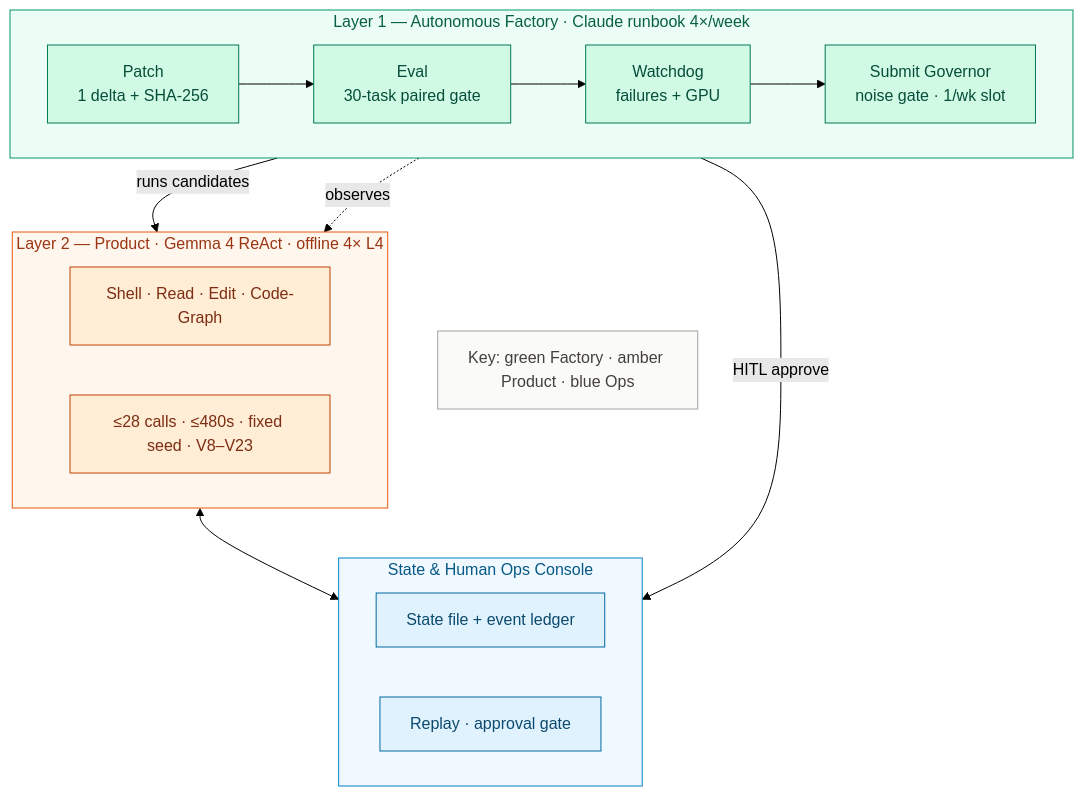
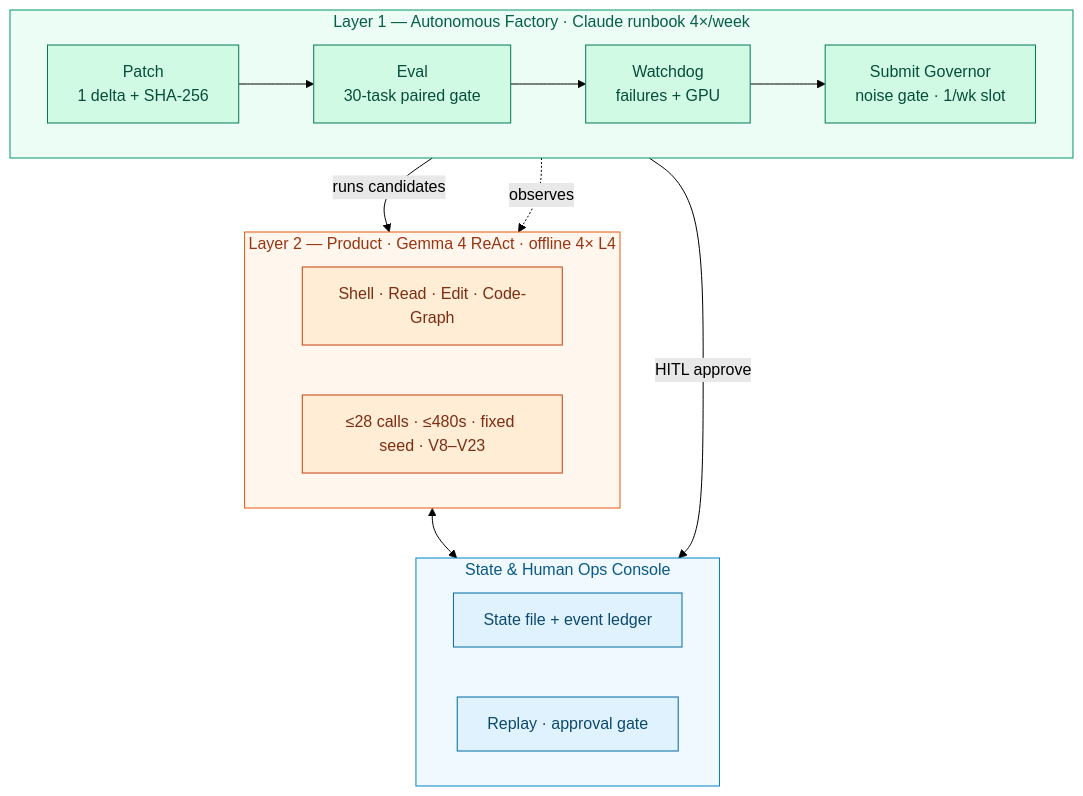
Before and after one commit to khaosans/noisegate-gemma4-factory: the diagram in README.md, drawn with Mermaid (forest theme). The commit also changed 4 other files, not shown here.

First line of the commit message:
docs: drop Mermaid Key/Legend nodes entirely

````diff
--- a/README.md
+++ b/README.md
@@ -28,38 +28,34 @@
 ```mermaid
 flowchart TB
   subgraph L1["Layer 1 — Autonomous Factory · Claude runbook 4×/week"]
     direction LR
     P[Patch<br/>1 delta + SHA-256] --> E[Eval<br/>30-task paired gate]
     E --> W[Watchdog<br/>failures + GPU]
     W --> G[Submit Governor<br/>noise gate · 1/wk slot]
   end
 
   subgraph L2["Layer 2 — Product · Gemma 4 ReAct · offline 4× L4"]
     T[Shell · Read · Edit · Code-Graph]
     C["≤28 calls · ≤480s · fixed seed · V8–V23"]
   end
 
   subgraph Ops["State & Human Ops Console"]
     S[State file + event ledger]
     H[Replay · approval gate]
   end
 
-  Key["Key: green Factory · amber Product · blue Ops"]
-
   E -->|runs candidates| L2
   W -.->|observes| L2
   G -->|HITL approve| Ops
   L2 <--> Ops
-  G ~~~ Key
 
   classDef factory fill:#D1FAE5,stroke:#047857,color:#064E3B
   classDef product fill:#FFEDD5,stroke:#C2410C,color:#7C2D12
   classDef ops fill:#E0F2FE,stroke:#0369A1,color:#0C4A6E
   class P,E,W,G factory
   class T,C product
   class S,H ops
   style L1 fill:#ECFDF5,stroke:#059669,color:#065F46
   style L2 fill:#FFF7ED,stroke:#EA580C,color:#9A3412
   style Ops fill:#F0F9FF,stroke:#0284C7,color:#075985
-  style Key fill:#FAFAF9,stroke:#A8A29E,color:#44403C
 ```
````
